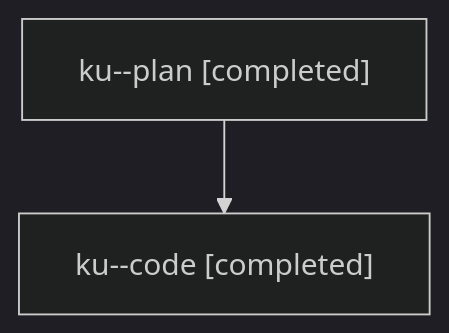
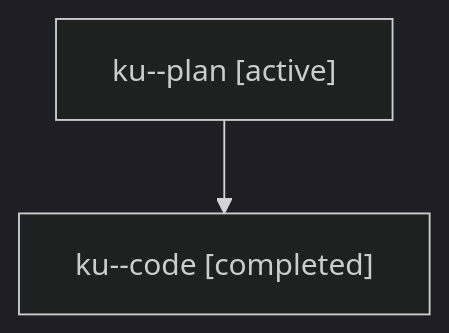
One commit to sase-org/sase--agents changed the diagram in families/bbugyi200.athena.ku.md. Above: the diagram before and after it, drawn with Mermaid (dark theme). The commit also changed other lines of this file and 8679 other files, not shown here.

````diff
--- a/families/bbugyi200.athena.ku.md
+++ b/families/bbugyi200.athena.ku.md
@@ -9,6 +9,6 @@
 ```mermaid
 flowchart TD
-  n0["ku--plan [completed]"]
+  n0["ku--plan [active]"]
   n1["ku--code [completed]"]
   n0 --> n1
 ```
````
